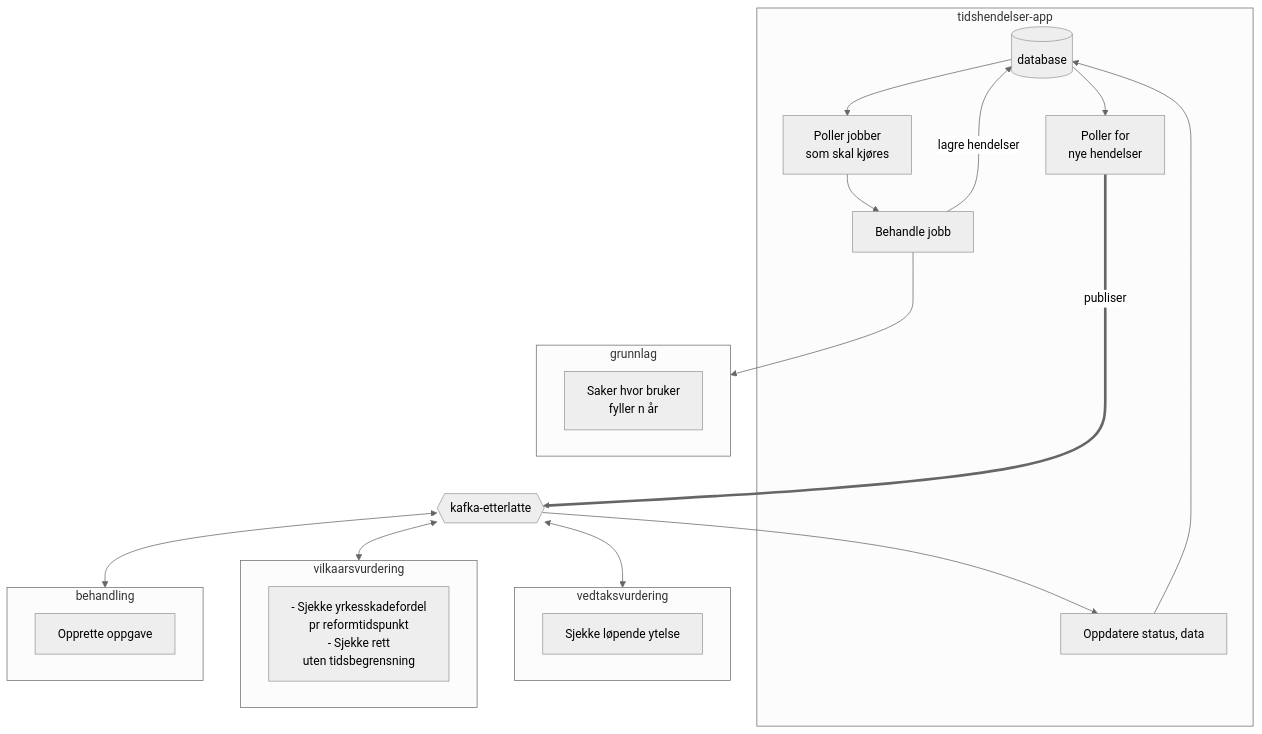
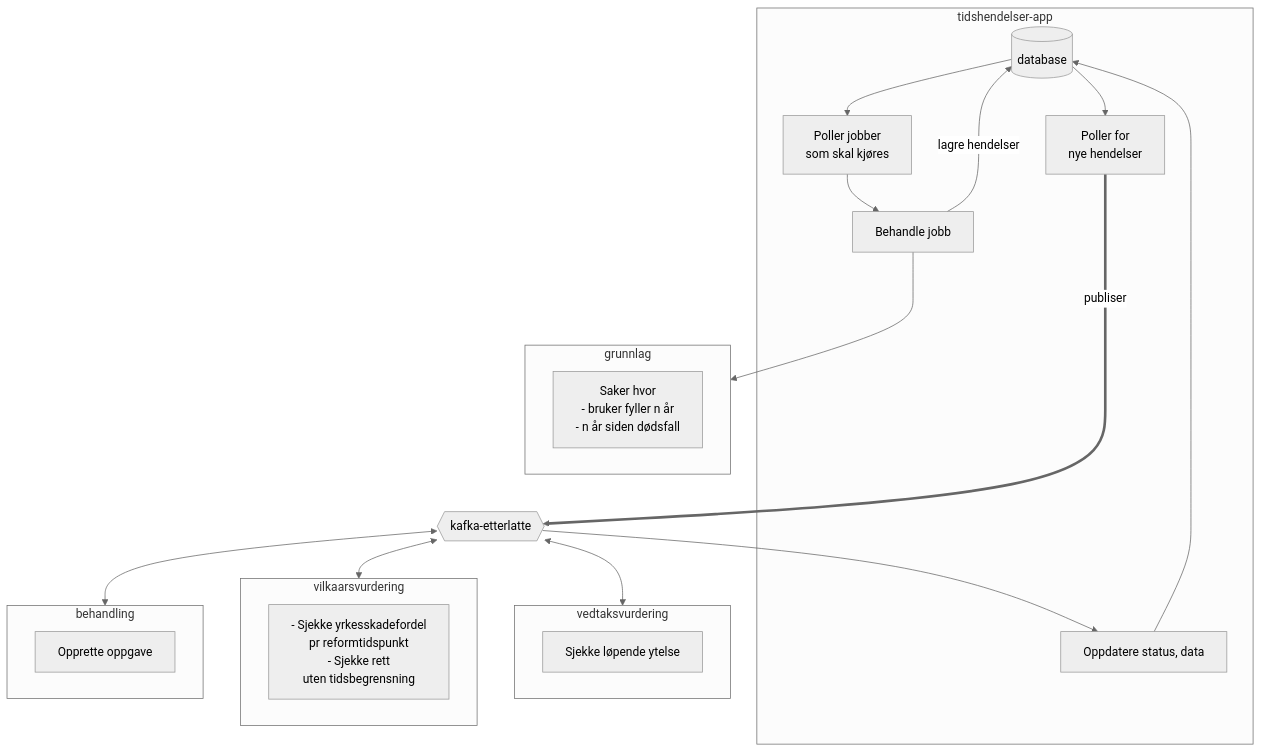
The diagram in apps/etterlatte-tidshendelser/README.md (navikt/pensjon-etterlatte-saksbehandling), drawn with Mermaid (neutral theme) before and after one commit. The commit also changed other lines of this file, not shown here.

Commit message:
EY-3532 Oppdatert dok om opphør OMS n år etter dødsfall

````diff
--- a/apps/etterlatte-tidshendelser/README.md
+++ b/apps/etterlatte-tidshendelser/README.md
@@ -17,47 +21,48 @@
 ```mermaid
 graph 
     
 subgraph tidshendelser-app
   db[(database)]
   jobbPoller[Poller jobber \n som skal kjøres]
   service[Behandle jobb]
   hendelsePoller[Poller for \n nye hendelser]
   status[Oppdatere status, data]
   
   db --> jobbPoller
   jobbPoller --> service
   service --lagre hendelser--> db
   db --> hendelsePoller
   status --> db
 end
   
 kt{{kafka-etterlatte}}:::kafka-topic
 
 subgraph grunnlag
     grunnlag_sjekk["
-    Saker hvor bruker 
-      fyller n år
+    Saker hvor 
+    - bruker fyller n år
+    - n år siden dødsfall
       "]
 end
 subgraph vedtaksvurdering
     vedtak_sjekk["Sjekke løpende ytelse"]
 end
 subgraph vilkaarsvurdering
     vilkaar_sjekk["
     - Sjekke yrkesskadefordel 
          pr reformtidspunkt 
     - Sjekke rett 
          uten tidsbegrensning
     "]
 end
 subgraph behandling
     behandle["Opprette oppgave"]
 end
 
 service ---> grunnlag["Grunnlag API"]
 hendelsePoller ==publiser=====> kt
 kt --> status
 kt <--> vedtaksvurdering
 kt <--> vilkaarsvurdering
 kt <--> behandling
 ```
````
